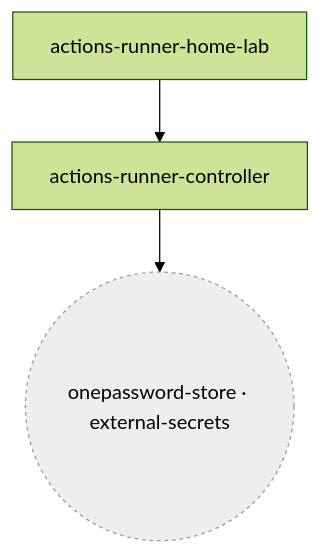
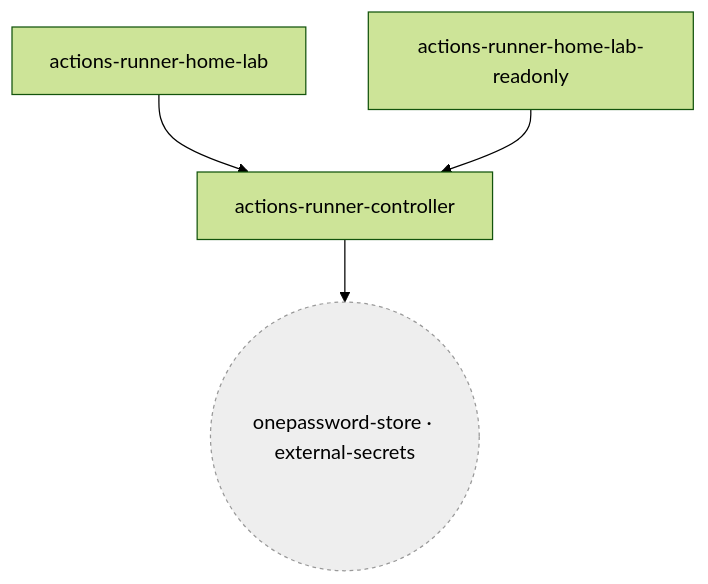
The second of 21 diagrams in docs/CLUSTER.md (qnimbus/home-lab), drawn with Mermaid (forest theme) before and after one commit. The commit also changed other lines of this file and 19 other files, not shown here.

````diff
--- a/docs/CLUSTER.md
+++ b/docs/CLUSTER.md
@@ -948,9 +965,11 @@
 ```mermaid
 flowchart TD
   flux_system_actions_runner_controller["actions-runner-controller"]
   flux_system_actions_runner_home_lab["actions-runner-home-lab"]
+  flux_system_actions_runner_home_lab_readonly["actions-runner-home-lab-readonly"]
   flux_system_onepassword_store(("onepassword-store · external-secrets")):::external
   flux_system_actions_runner_controller --> flux_system_onepassword_store
   flux_system_actions_runner_home_lab --> flux_system_actions_runner_controller
+  flux_system_actions_runner_home_lab_readonly --> flux_system_actions_runner_controller
   classDef external fill:#eee,stroke:#999,stroke-dasharray: 3 3
 ```
````
